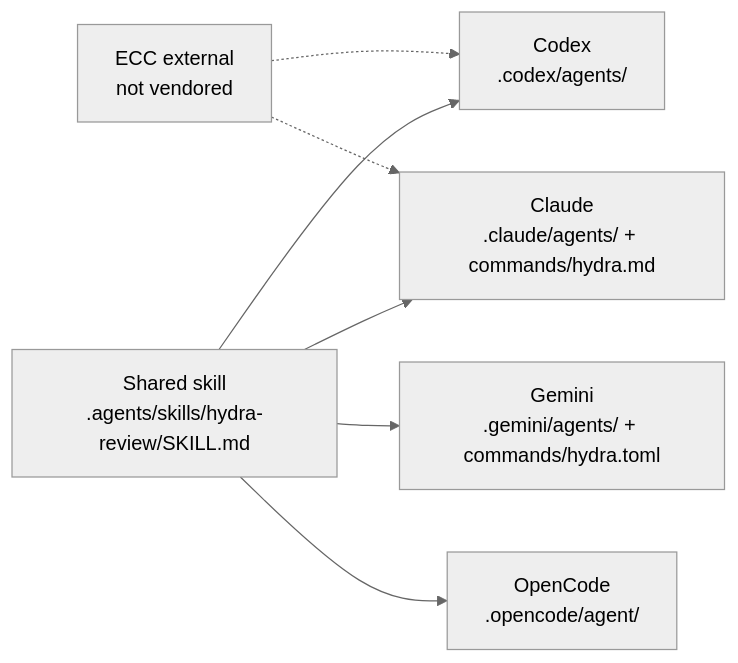
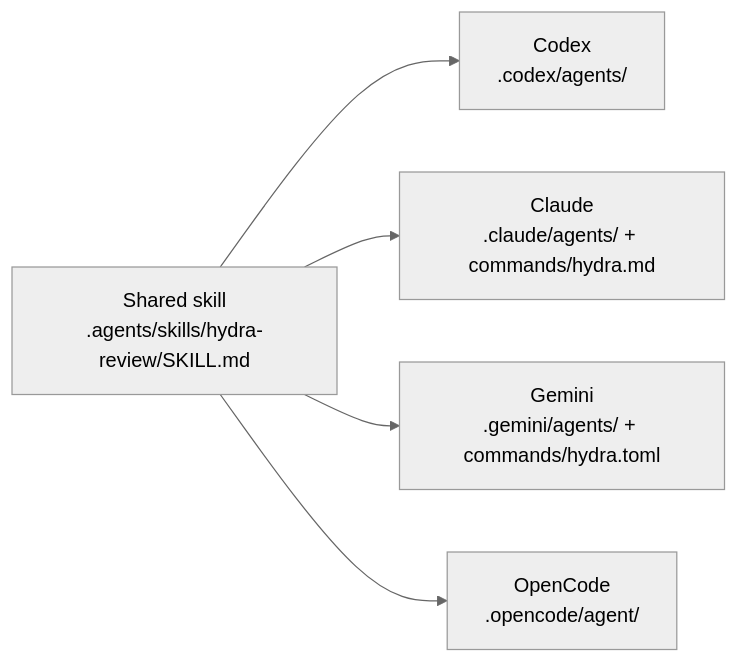
The second of 2 diagrams in README.md (Phatcharaphon-Hemnon/Hydra-Subagent-Skill), drawn with Mermaid (neutral theme) before and after one commit. The commit also changed other lines of this file and 1 other file, not shown here.

Commit message:
Remove ECC documentation and references

````diff
--- a/README.md
+++ b/README.md
@@ -53,9 +52,7 @@
 ```mermaid
 flowchart LR
   SKILL[Shared skill<br/>.agents/skills/hydra-review/SKILL.md] --> CODEX[Codex<br/>.codex/agents/]
   SKILL --> CLAUDE[Claude<br/>.claude/agents/ + commands/hydra.md]
   SKILL --> GEMINI[Gemini<br/>.gemini/agents/ + commands/hydra.toml]
   SKILL --> OPENCODE[OpenCode<br/>.opencode/agent/]
-  ECC[ECC external<br/>not vendored] -.-> CLAUDE
-  ECC -.-> CODEX
 ```
````
